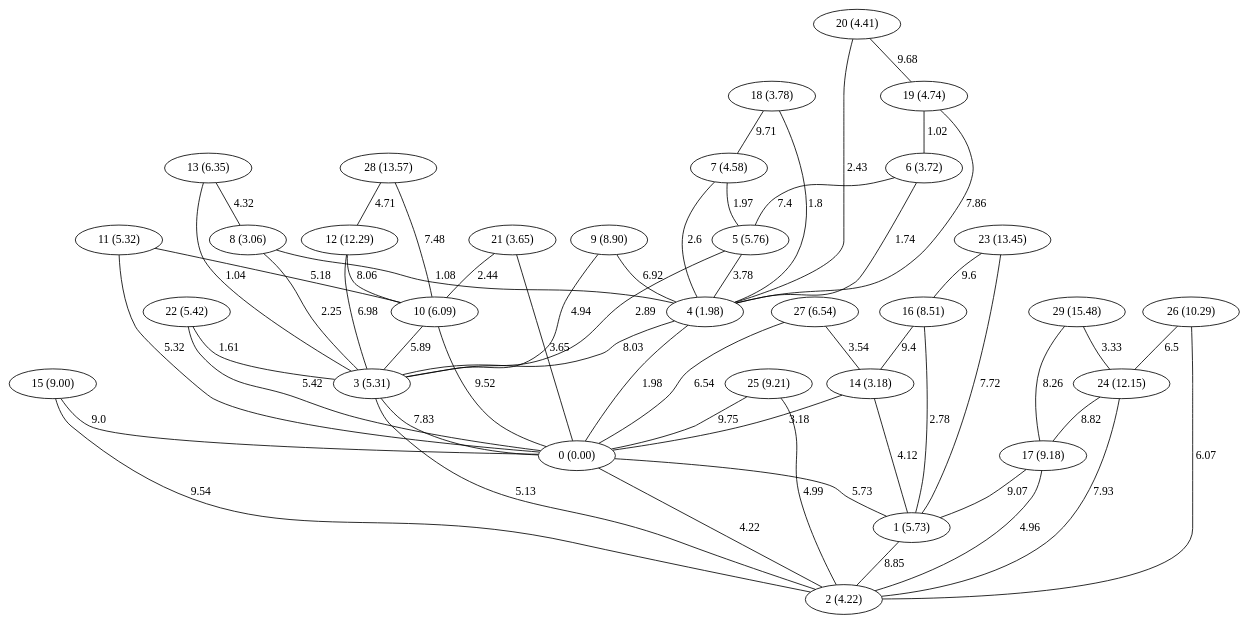
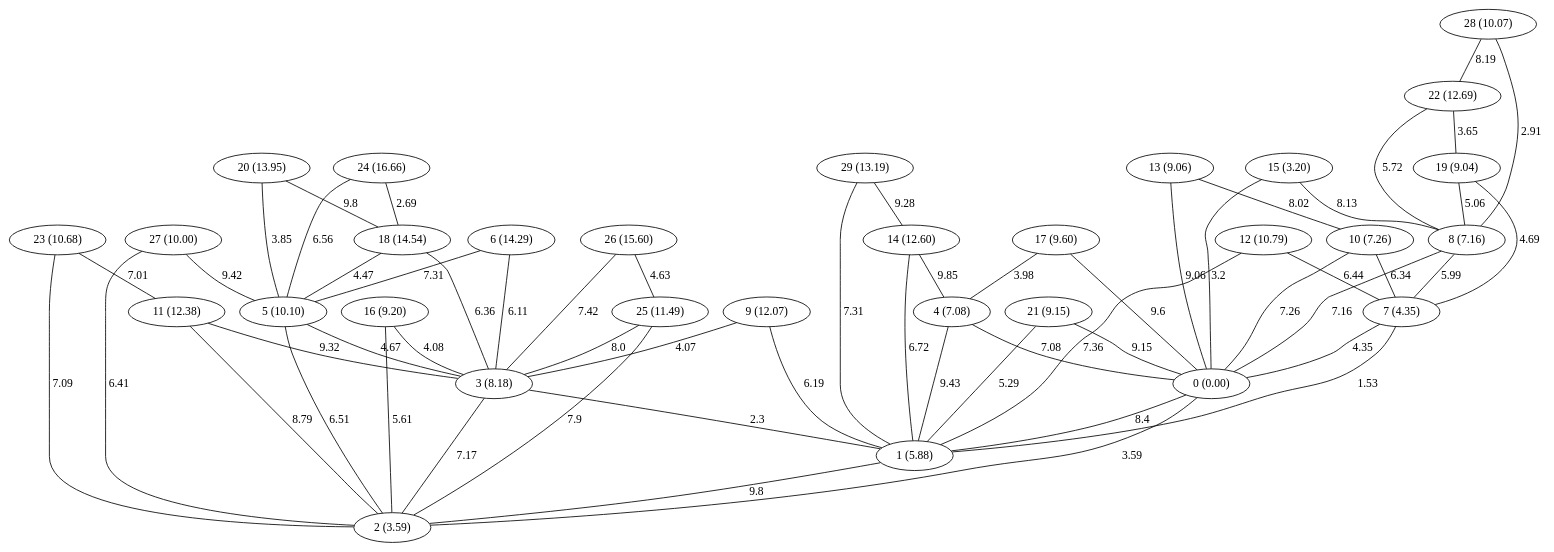
One commit to amorac4/DAA24 changed the diagram in Proyecto 3/ejemplos_grafo_dijkstra/dijkstra_grafo_Dorogovtsev-Mendes_30.gv. Above: the diagram before and after it, drawn with Graphviz. The commit also changed 37 other files, not shown here.

```diff
--- a/Proyecto 3/ejemplos_grafo_dijkstra/dijkstra_grafo_Dorogovtsev-Mendes_30.gv
+++ b/Proyecto 3/ejemplos_grafo_dijkstra/dijkstra_grafo_Dorogovtsev-Mendes_30.gv
@@ -1,89 +1,89 @@
 graph G {
 "0 (0.00)";
-"1 (5.73)";
-"2 (4.22)";
-"3 (5.31)";
-"4 (1.98)";
-"5 (5.76)";
-"6 (3.72)";
-"7 (4.58)";
-"8 (3.06)";
-"9 (8.90)";
-"10 (6.09)";
-"11 (5.32)";
-"12 (12.29)";
-"13 (6.35)";
-"14 (3.18)";
-"15 (9.00)";
-"16 (8.51)";
-"17 (9.18)";
-"18 (3.78)";
-"19 (4.74)";
-"20 (4.41)";
-"21 (3.65)";
-"22 (5.42)";
-"23 (13.45)";
-"24 (12.15)";
-"25 (9.21)";
-"26 (10.29)";
-"27 (6.54)";
-"28 (13.57)";
-"29 (15.48)";
-"27 (6.54)" -- "14 (3.18)" [label="3.54"];
-"18 (3.78)" -- "7 (4.58)" [label="9.71"];
-"11 (5.32)" -- "10 (6.09)" [label="5.18"];
-"3 (5.31)" -- "2 (4.22)" [label="5.13"];
-"29 (15.48)" -- "24 (12.15)" [label="3.33"];
-"23 (13.45)" -- "1 (5.73)" [label="7.72"];
-"17 (9.18)" -- "1 (5.73)" [label="9.07"];
-"12 (12.29)" -- "3 (5.31)" [label="6.98"];
-"15 (9.00)" -- "2 (4.22)" [label="9.54"];
-"1 (5.73)" -- "2 (4.22)" [label="8.85"];
-"25 (9.21)" -- "2 (4.22)" [label="4.99"];
-"4 (1.98)" -- "0 (0.00)" [label="1.98"];
-"19 (4.74)" -- "4 (1.98)" [label="7.86"];
-"19 (4.74)" -- "6 (3.72)" [label="1.02"];
-"27 (6.54)" -- "0 (0.00)" [label="6.54"];
-"23 (13.45)" -- "16 (8.51)" [label="9.6"];
-"7 (4.58)" -- "5 (5.76)" [label="1.97"];
-"17 (9.18)" -- "2 (4.22)" [label="4.96"];
-"26 (10.29)" -- "2 (4.22)" [label="6.07"];
-"18 (3.78)" -- "4 (1.98)" [label="1.8"];
-"9 (8.90)" -- "3 (5.31)" [label="4.94"];
-"5 (5.76)" -- "4 (1.98)" [label="3.78"];
-"14 (3.18)" -- "0 (0.00)" [label="3.18"];
-"28 (13.57)" -- "10 (6.09)" [label="7.48"];
-"24 (12.15)" -- "17 (9.18)" [label="8.82"];
-"29 (15.48)" -- "17 (9.18)" [label="8.26"];
-"0 (0.00)" -- "1 (5.73)" [label="5.73"];
-"16 (8.51)" -- "14 (3.18)" [label="9.4"];
-"26 (10.29)" -- "24 (12.15)" [label="6.5"];
-"4 (1.98)" -- "3 (5.31)" [label="8.03"];
-"21 (3.65)" -- "0 (0.00)" [label="3.65"];
-"10 (6.09)" -- "3 (5.31)" [label="5.89"];
-"14 (3.18)" -- "1 (5.73)" [label="4.12"];
-"3 (5.31)" -- "0 (0.00)" [label="7.83"];
-"12 (12.29)" -- "10 (6.09)" [label="8.06"];
-"6 (3.72)" -- "5 (5.76)" [label="7.4"];
-"11 (5.32)" -- "0 (0.00)" [label="5.32"];
-"13 (6.35)" -- "3 (5.31)" [label="1.04"];
-"25 (9.21)" -- "0 (0.00)" [label="9.75"];
-"6 (3.72)" -- "4 (1.98)" [label="1.74"];
-"15 (9.00)" -- "0 (0.00)" [label="9.0"];
-"22 (5.42)" -- "3 (5.31)" [label="1.61"];
-"20 (4.41)" -- "4 (1.98)" [label="2.43"];
-"8 (3.06)" -- "3 (5.31)" [label="2.25"];
-"8 (3.06)" -- "4 (1.98)" [label="1.08"];
-"28 (13.57)" -- "12 (12.29)" [label="4.71"];
-"7 (4.58)" -- "4 (1.98)" [label="2.6"];
-"22 (5.42)" -- "0 (0.00)" [label="5.42"];
-"5 (5.76)" -- "3 (5.31)" [label="2.89"];
-"9 (8.90)" -- "4 (1.98)" [label="6.92"];
-"24 (12.15)" -- "2 (4.22)" [label="7.93"];
-"0 (0.00)" -- "2 (4.22)" [label="4.22"];
-"10 (6.09)" -- "0 (0.00)" [label="9.52"];
-"20 (4.41)" -- "19 (4.74)" [label="9.68"];
-"16 (8.51)" -- "1 (5.73)" [label="2.78"];
-"21 (3.65)" -- "10 (6.09)" [label="2.44"];
-"13 (6.35)" -- "8 (3.06)" [label="4.32"];
+"1 (5.88)";
+"2 (3.59)";
+"3 (8.18)";
+"4 (7.08)";
+"5 (10.10)";
+"6 (14.29)";
+"7 (4.35)";
+"8 (7.16)";
+"9 (12.07)";
+"10 (7.26)";
+"11 (12.38)";
+"12 (10.79)";
+"13 (9.06)";
+"14 (12.60)";
+"15 (3.20)";
+"16 (9.20)";
+"17 (9.60)";
+"18 (14.54)";
+"19 (9.04)";
+"20 (13.95)";
+"21 (9.15)";
+"22 (12.69)";
+"23 (10.68)";
+"24 (16.66)";
+"25 (11.49)";
+"26 (15.60)";
+"27 (10.00)";
+"28 (10.07)";
+"29 (13.19)";
+"23 (10.68)" -- "11 (12.38)" [label="7.01"];
+"19 (9.04)" -- "8 (7.16)" [label="5.06"];
+"17 (9.60)" -- "0 (0.00)" [label="9.6"];
+"16 (9.20)" -- "2 (3.59)" [label="5.61"];
+"23 (10.68)" -- "2 (3.59)" [label="7.09"];
+"7 (4.35)" -- "1 (5.88)" [label="1.53"];
+"26 (15.60)" -- "25 (11.49)" [label="4.63"];
+"22 (12.69)" -- "8 (7.16)" [label="5.72"];
+"15 (3.20)" -- "8 (7.16)" [label="8.13"];
+"24 (16.66)" -- "18 (14.54)" [label="2.69"];
+"14 (12.60)" -- "4 (7.08)" [label="9.85"];
+"29 (13.19)" -- "1 (5.88)" [label="7.31"];
+"12 (10.79)" -- "1 (5.88)" [label="7.36"];
+"11 (12.38)" -- "2 (3.59)" [label="8.79"];
+"13 (9.06)" -- "0 (0.00)" [label="9.06"];
+"20 (13.95)" -- "18 (14.54)" [label="9.8"];
+"25 (11.49)" -- "3 (8.18)" [label="8.0"];
+"13 (9.06)" -- "10 (7.26)" [label="8.02"];
+"11 (12.38)" -- "3 (8.18)" [label="9.32"];
+"18 (14.54)" -- "5 (10.10)" [label="4.47"];
+"27 (10.00)" -- "5 (10.10)" [label="9.42"];
+"15 (3.20)" -- "0 (0.00)" [label="3.2"];
+"9 (12.07)" -- "1 (5.88)" [label="6.19"];
+"28 (10.07)" -- "8 (7.16)" [label="2.91"];
+"27 (10.00)" -- "2 (3.59)" [label="6.41"];
+"19 (9.04)" -- "7 (4.35)" [label="4.69"];
+"0 (0.00)" -- "1 (5.88)" [label="8.4"];
+"14 (12.60)" -- "1 (5.88)" [label="6.72"];
+"21 (9.15)" -- "0 (0.00)" [label="9.15"];
+"3 (8.18)" -- "1 (5.88)" [label="2.3"];
+"12 (10.79)" -- "7 (4.35)" [label="6.44"];
+"18 (14.54)" -- "3 (8.18)" [label="6.36"];
+"8 (7.16)" -- "0 (0.00)" [label="7.16"];
+"0 (0.00)" -- "2 (3.59)" [label="3.59"];
+"3 (8.18)" -- "2 (3.59)" [label="7.17"];
+"8 (7.16)" -- "7 (4.35)" [label="5.99"];
+"5 (10.10)" -- "2 (3.59)" [label="6.51"];
+"28 (10.07)" -- "22 (12.69)" [label="8.19"];
+"26 (15.60)" -- "3 (8.18)" [label="7.42"];
+"6 (14.29)" -- "3 (8.18)" [label="6.11"];
+"21 (9.15)" -- "1 (5.88)" [label="5.29"];
+"4 (7.08)" -- "1 (5.88)" [label="9.43"];
+"24 (16.66)" -- "5 (10.10)" [label="6.56"];
+"29 (13.19)" -- "14 (12.60)" [label="9.28"];
+"20 (13.95)" -- "5 (10.10)" [label="3.85"];
+"10 (7.26)" -- "7 (4.35)" [label="6.34"];
+"6 (14.29)" -- "5 (10.10)" [label="7.31"];
+"22 (12.69)" -- "19 (9.04)" [label="3.65"];
+"25 (11.49)" -- "2 (3.59)" [label="7.9"];
+"4 (7.08)" -- "0 (0.00)" [label="7.08"];
+"16 (9.20)" -- "3 (8.18)" [label="4.08"];
+"17 (9.60)" -- "4 (7.08)" [label="3.98"];
+"5 (10.10)" -- "3 (8.18)" [label="4.67"];
+"1 (5.88)" -- "2 (3.59)" [label="9.8"];
+"9 (12.07)" -- "3 (8.18)" [label="4.07"];
+"10 (7.26)" -- "0 (0.00)" [label="7.26"];
+"7 (4.35)" -- "0 (0.00)" [label="4.35"];
 }
```
